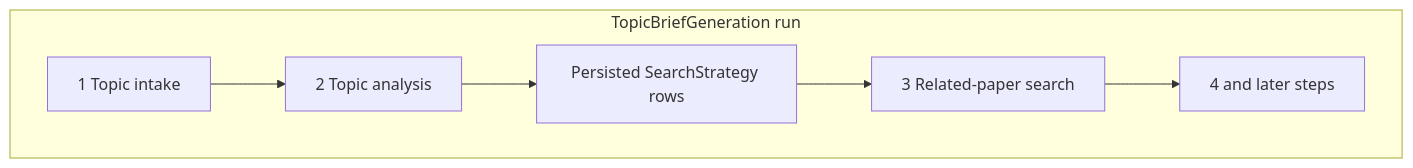
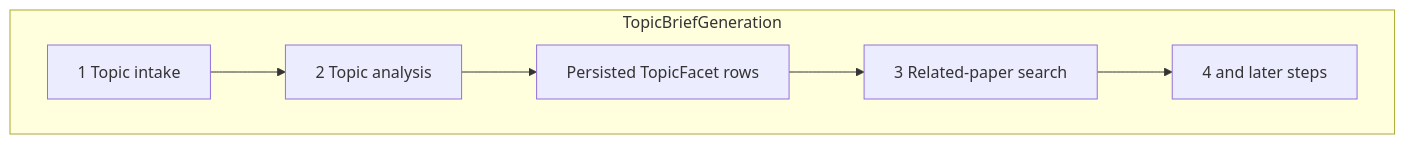
Before and after one commit to GustavoRusso/paper-reviewer: the diagram in docs/specs/topic-analysis.md, drawn with Mermaid. The commit also changed other lines of this file and 16 other files, not shown here.

Commit message:
Renamed SearchStrategy to TopicFacet to clarify that it is related to the interpretation made of a topic as composed by different facets. Created new entity TopicAnalysisResult that store the list of facets: list[TopicFacet]

````diff
--- a/docs/specs/topic-analysis.md
+++ b/docs/specs/topic-analysis.md
@@ -44,14 +53,14 @@
 ```mermaid
 flowchart TB
-  subgraph tbg [TopicBriefGeneration run]
+  subgraph tbg [TopicBriefGeneration]
     intake[1 Topic intake]
     analyze[2 Topic analysis]
-    strategies[Persisted SearchStrategy rows]
+    facets[Persisted TopicFacet rows]
     search[3 Related-paper search]
     later[4 and later steps]
     intake --> analyze
-    analyze --> strategies
-    strategies --> search
+    analyze --> facets
+    facets --> search
     search --> later
   end
 ```
````
